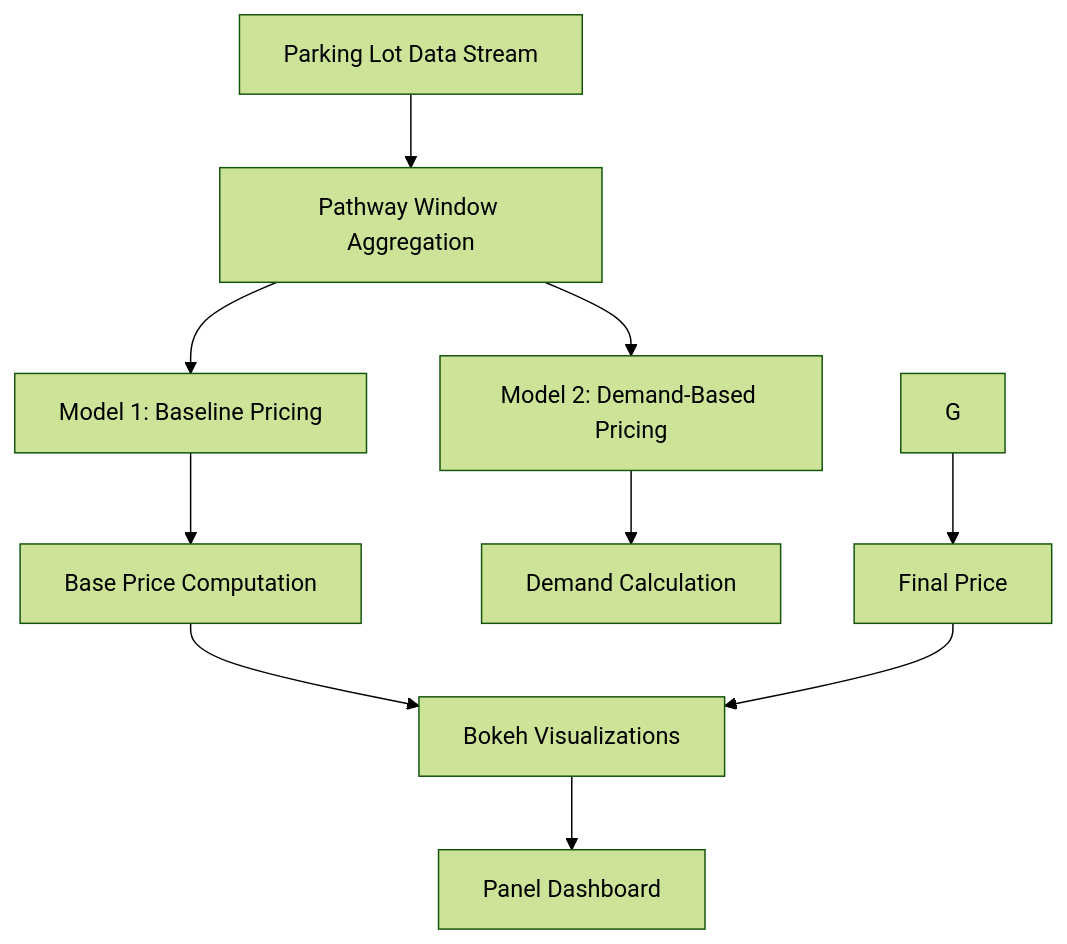
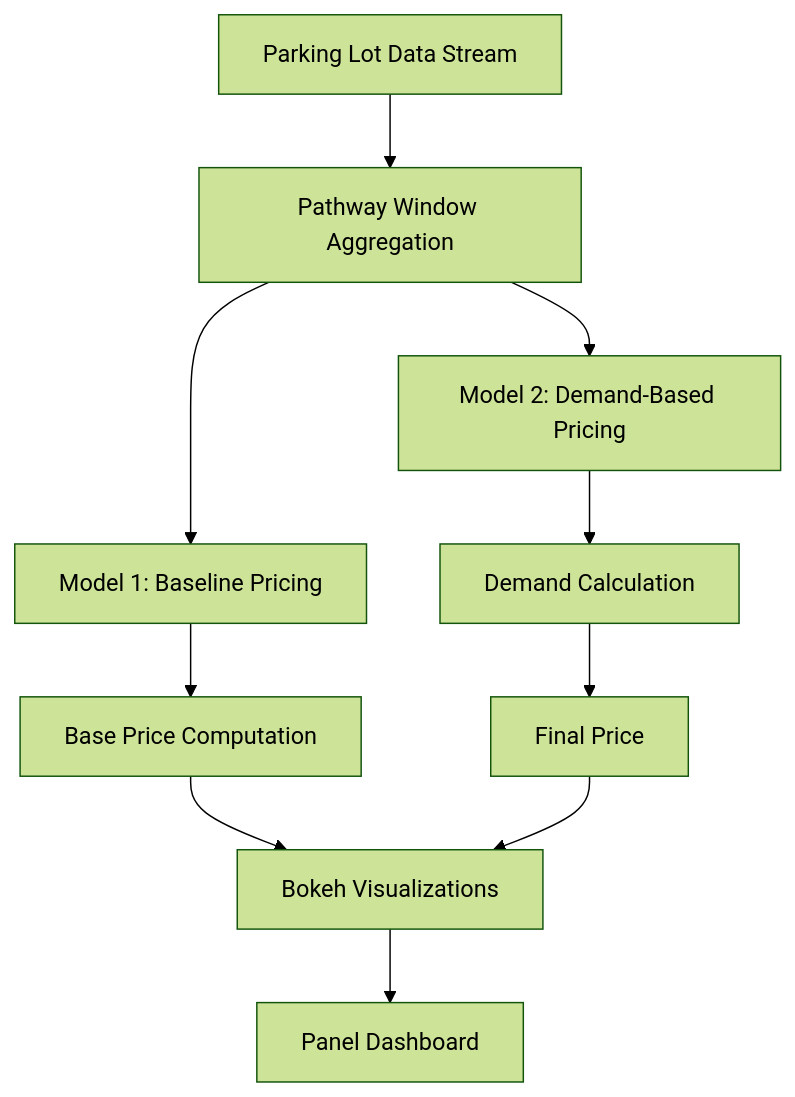
The second of 2 diagrams in README.md (Prashu-001/Capstone_Project), drawn with Mermaid (forest theme) before and after one commit.

````diff
--- a/README.md
+++ b/README.md
@@ -97,14 +97,14 @@
 ```mermaid
 graph TD
     A[Parking Lot Data Stream] --> B[Pathway Window Aggregation]
     B --> C[Model 1: Baseline Pricing]
     B --> D[Model 2: Demand-Based Pricing]
 
     C --> E[Base Price Computation]
     D --> F[Demand Calculation]
-    G --> H[Final Price]
+    F --> H[Final Price]
 
     E --> I[Bokeh Visualizations]
     H --> I[Bokeh Visualizations]
     I --> J[Panel Dashboard]
 ```
````
